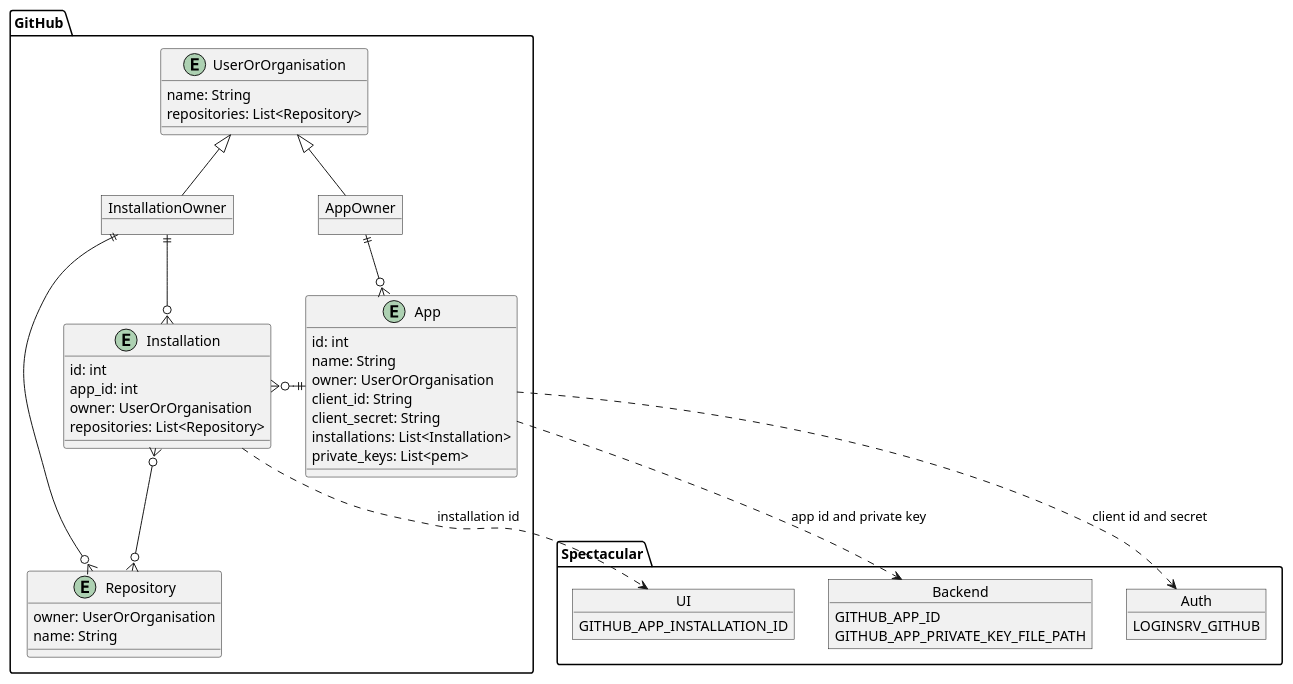
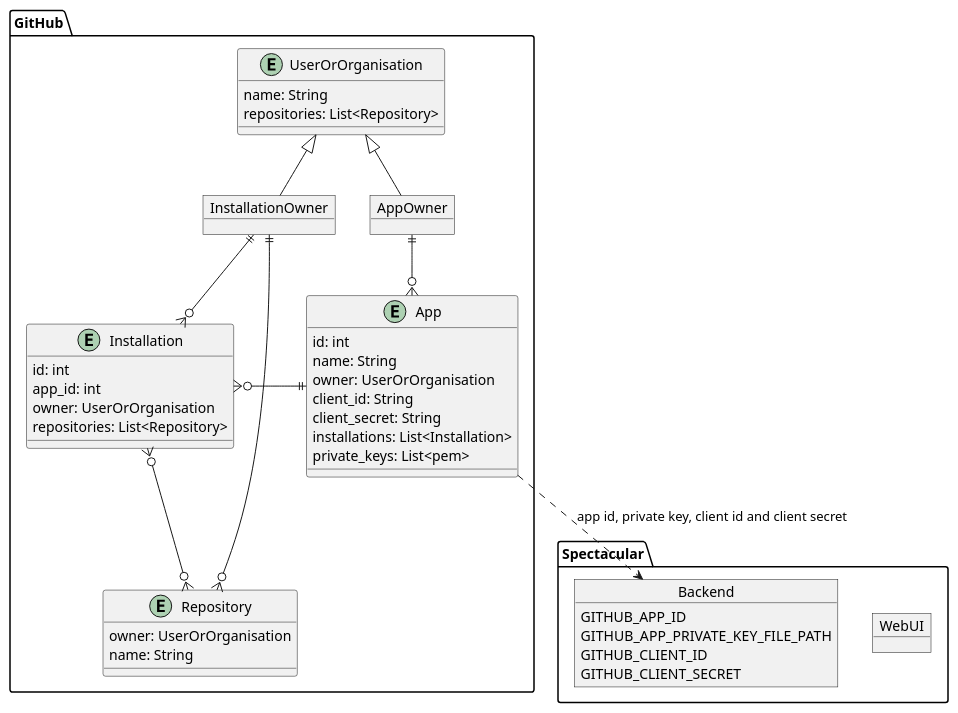
Before and after one commit to specmore/spectacular: the diagram in docs/diagrams/github-app-config.plantuml, drawn with PlantUML. The commit also changed 1 other file, not shown here.

Commit message:
update github-app-config diagram to reflect new backend config

```diff
--- a/docs/diagrams/github-app-config.plantuml
+++ b/docs/diagrams/github-app-config.plantuml
@@ -1,71 +1,66 @@
 @startuml github-app-config
 
 package GitHub {
     entity UserOrOrganisation {
         name: String
         repositories: List<Repository>
     }
 
     object AppOwner {
 
     }
 
     object InstallationOwner {
 
     }
 
     entity Repository {
         owner: UserOrOrganisation
         name: String
     }
 
     entity Installation {
         id: int
         app_id: int
         owner: UserOrOrganisation
         repositories: List<Repository>
     }
 
     entity App {
         id: int
         name: String
         owner: UserOrOrganisation
         client_id: String
         client_secret: String
         installations: List<Installation>
         private_keys: List<pem>
     }
 }
 
 package Spectacular {
-    object UI {
-        GITHUB_APP_INSTALLATION_ID
-    }
-
-    object Auth {
-        LOGINSRV_GITHUB
+    object WebUI {
     }
 
     object Backend {
         GITHUB_APP_ID
         GITHUB_APP_PRIVATE_KEY_FILE_PATH
+        GITHUB_CLIENT_ID
+        GITHUB_CLIENT_SECRET
     }
 }
 
 ' actor User
 
 ' GitHub object relationships
 UserOrOrganisation <|-- AppOwner
 UserOrOrganisation <|-- InstallationOwner
 InstallationOwner ||--o{ Installation
 AppOwner ||--o{ App
 InstallationOwner ||--o{ Repository
 App ||-o{ Installation
 Installation }o--o{ Repository
 
 ' GitHub objects to Spectacular config mappings
-Installation ..> UI : "installation id"
-App ..> Auth : "client id and secret"
-App ..> Backend : "app id and private key"
+App ..> Backend : "app id, private key, client id and client secret"
 
 @enduml
```
